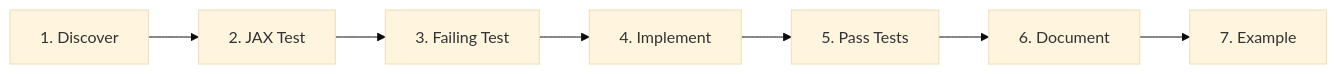
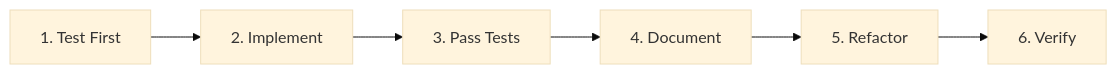
One commit to JetBrains-Research/opaque changed the diagram in docs/development/tdd-workflow.md. Above: the diagram before and after it, drawn with Mermaid (base theme). The commit also changed other lines of this file and 14 other files, not shown here.

First line of the commit message:
Remove JAX validation tests:

````diff
--- a/docs/development/tdd-workflow.md
+++ b/docs/development/tdd-workflow.md
@@ -9,9 +9,8 @@
 ```mermaid
 graph LR
-    A[1. Discover] --> B[2. JAX Test]
-    B --> C[3. Failing Test]
-    C --> D[4. Implement]
-    D --> E[5. Pass Tests]
-    E --> F[6. Document]
-    F --> G[7. Example]
+    A[1. Test First] --> B[2. Implement]
+    B --> C[3. Pass Tests]
+    C --> D[4. Document]
+    D --> E[5. Refactor]
+    E --> F[6. Verify]
 ```
````
